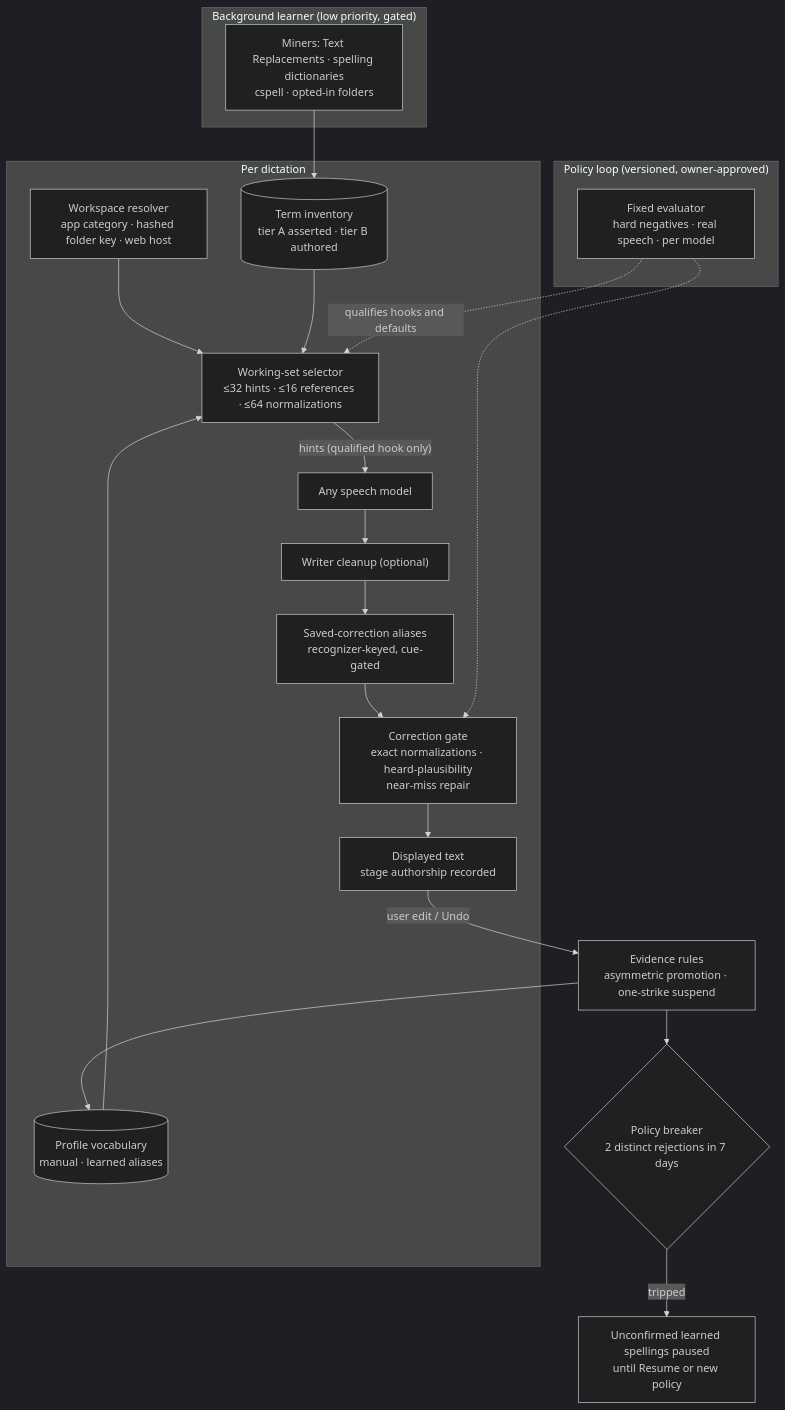
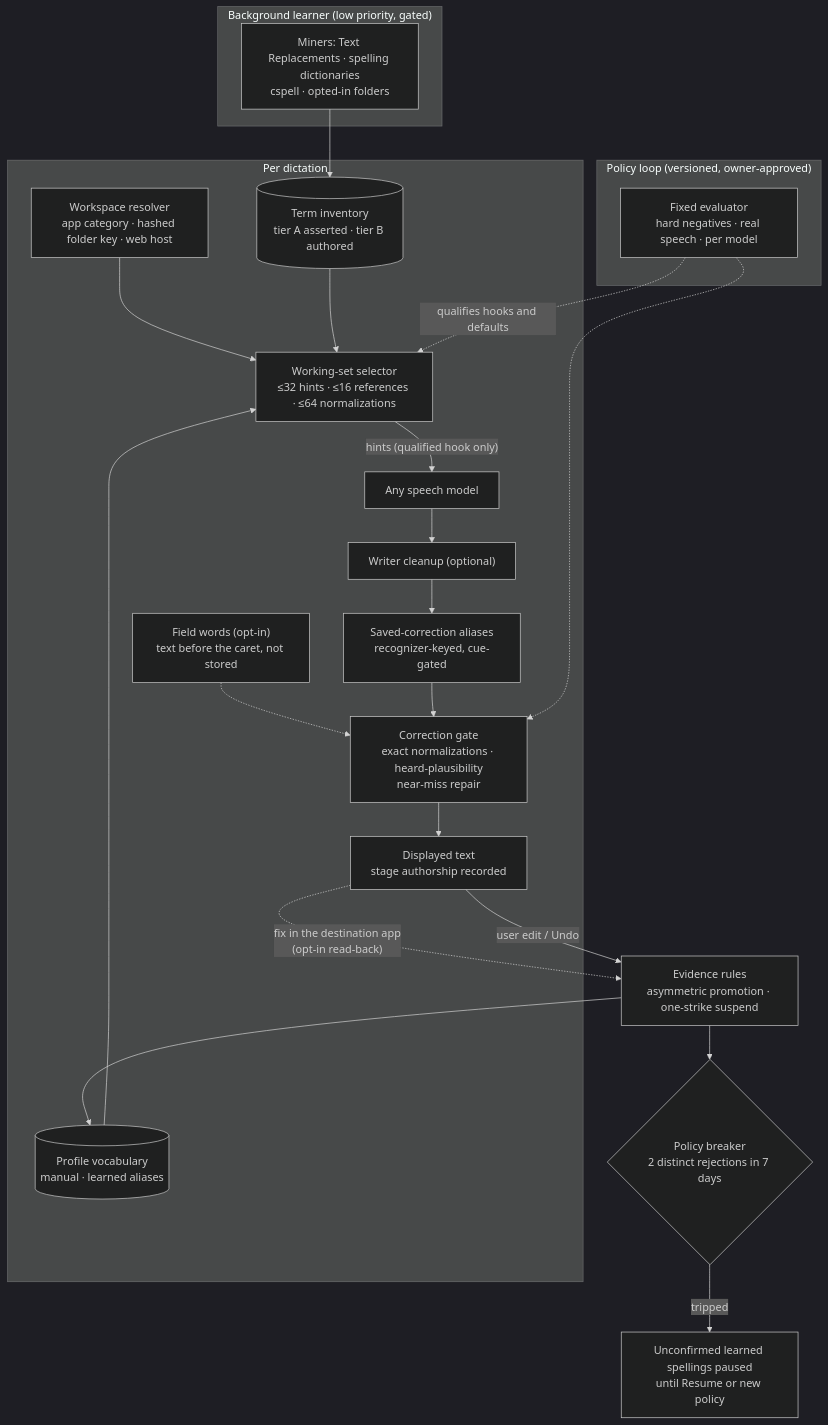
The diagram in docs/personalization/self-improving-system.md (rahulsharmavishwakarma/vesper), drawn with Mermaid (dark theme) before and after one commit. The commit also changed other lines of this file and 11 other files, not shown here.

````diff
--- a/docs/personalization/self-improving-system.md
+++ b/docs/personalization/self-improving-system.md
@@ -18,24 +18,26 @@
 ```mermaid
 flowchart TB
   subgraph Capture["Per dictation"]
     CR["Workspace resolver<br/>app category · hashed folder key · web host"] --> SEL
     INV[("Term inventory<br/>tier A asserted · tier B authored")] --> SEL["Working-set selector<br/>≤32 hints · ≤16 references · ≤64 normalizations"]
     VOC[("Profile vocabulary<br/>manual · learned aliases")] --> SEL
+    FW["Field words (opt-in)<br/>text before the caret, not stored"] -.-> G
     SEL -->|"hints (qualified hook only)"| ASR["Any speech model"]
     ASR --> CL["Writer cleanup (optional)"]
     CL --> AL["Saved-correction aliases<br/>recognizer-keyed, cue-gated"]
     AL --> G["Correction gate<br/>exact normalizations · heard-plausibility<br/>near-miss repair"]
     G --> OUT["Displayed text<br/>stage authorship recorded"]
   end
+  OUT -.->|"fix in the destination app<br/>(opt-in read-back)"| EV
   OUT -->|"user edit / Undo"| EV["Evidence rules<br/>asymmetric promotion · one-strike suspend"]
   EV --> BRK{"Policy breaker<br/>2 distinct rejections in 7 days"}
   BRK -->|tripped| PAUSE["Unconfirmed learned spellings paused<br/>until Resume or new policy"]
   EV --> VOC
   subgraph Background["Background learner (low priority, gated)"]
     MINE["Miners: Text Replacements · spelling dictionaries<br/>cspell · opted-in folders"] --> INV
   end
   subgraph Offline["Policy loop (versioned, owner-approved)"]
     EVAL["Fixed evaluator<br/>hard negatives · real speech · per model"] -.->|"qualifies hooks and defaults"| SEL
     EVAL -.-> G
   end
 ```
````
